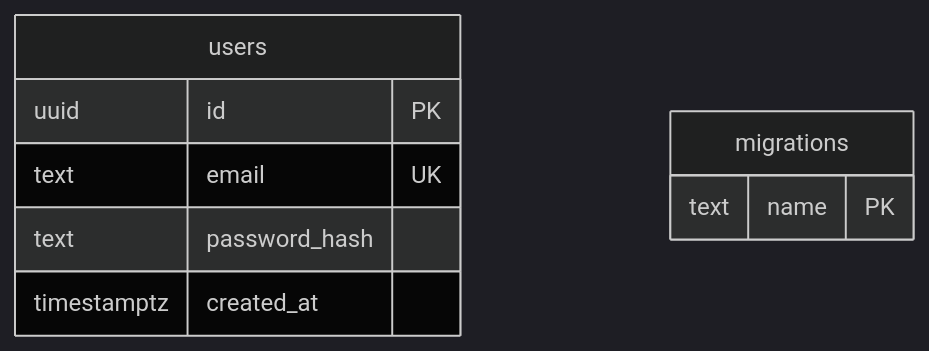
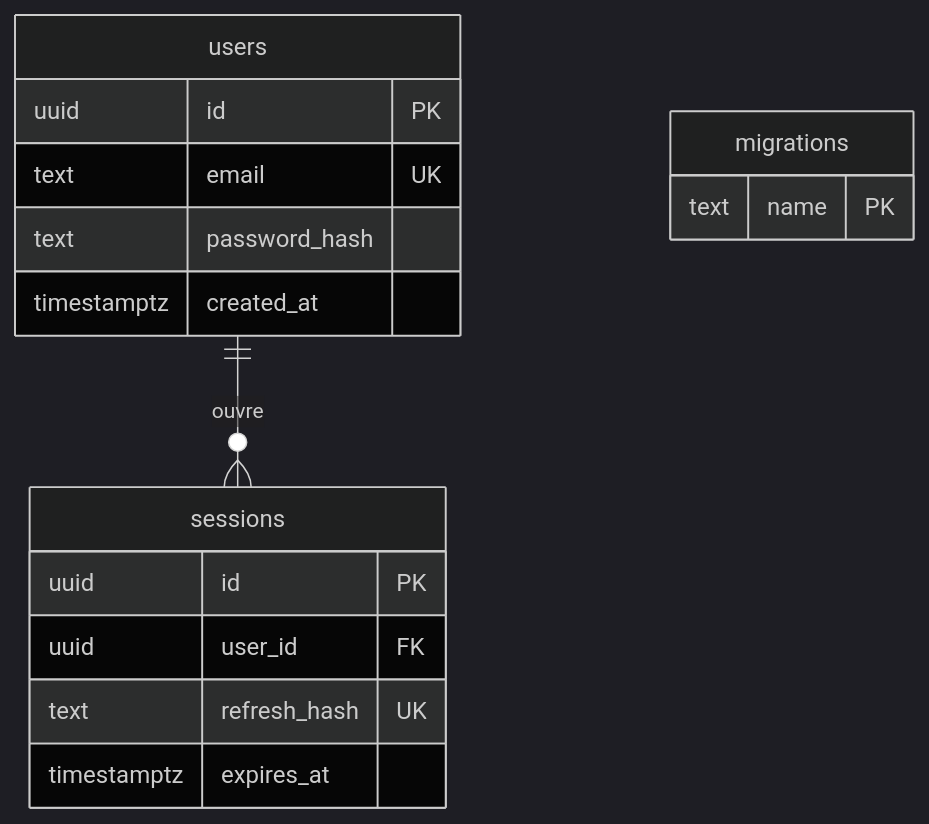
One commit to Mahkalix/PlateMate changed the diagram in docs/schema-mvp.md. Above: the diagram before and after it, drawn with Mermaid (dark theme). The commit also changed 12 other files, not shown here.

````diff
--- a/docs/schema-mvp.md
+++ b/docs/schema-mvp.md
@@ -3,12 +3,19 @@
 ```mermaid
 erDiagram
+ users ||--o{ sessions : ouvre
+ sessions {
+ uuid id PK
+ uuid user_id FK
+ text refresh_hash UK
+ timestamptz expires_at
+ }
  users { 
  uuid id PK
  text email UK
  text password_hash
  timestamptz created_at
  }
  migrations {
  text name PK
  }
 ```
````
